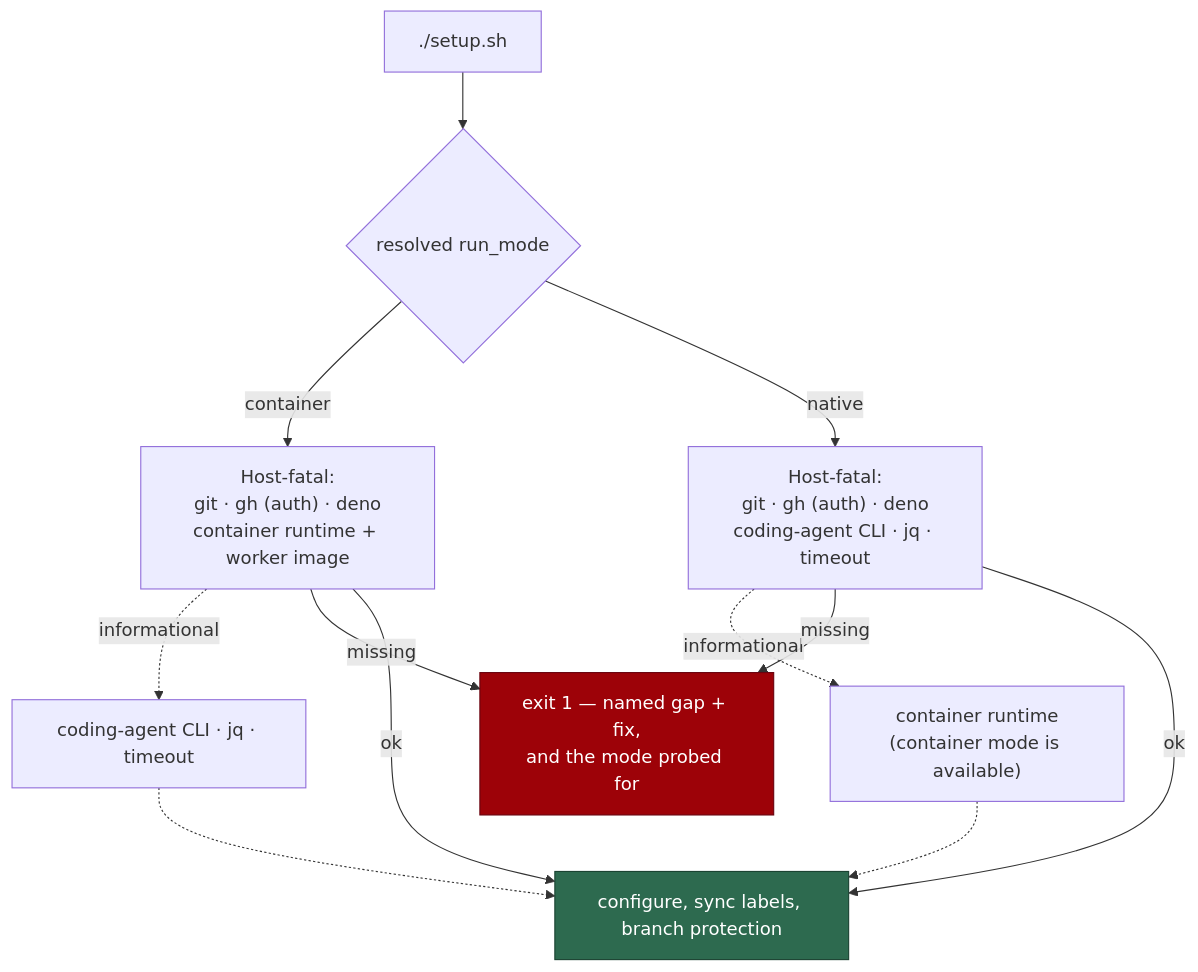
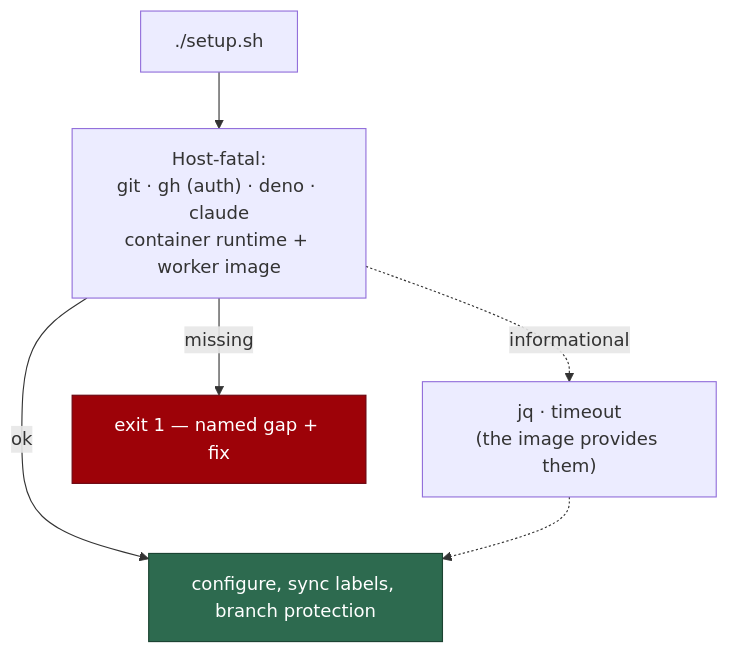
Before and after one commit to stSoftwareAU/VibeCoder: the second of 4 diagrams in docs/DEPLOYMENT.md, drawn with Mermaid. The commit also changed other lines of this file and 50 other files, not shown here.

````diff
--- a/docs/DEPLOYMENT.md
+++ b/docs/DEPLOYMENT.md
@@ -252,16 +242,10 @@
 ```mermaid
 flowchart TD
-    S["./setup.sh"] --> M{"resolved run_mode"}
-    M -->|container| CP["Host-fatal:<br/>git · gh (auth) · deno<br/>container runtime + worker image"]
-    M -->|native| NP["Host-fatal:<br/>git · gh (auth) · deno<br/>coding-agent CLI · jq · timeout"]
-    CP -.->|informational| CI["coding-agent CLI · jq · timeout"]
-    NP -.->|informational| NI["container runtime<br/>(container mode is available)"]
-    CP -->|missing| X["exit 1 — named gap + fix,<br/>and the mode probed for"]
-    NP -->|missing| X
+    S["./setup.sh"] --> CP["Host-fatal:<br/>git · gh (auth) · deno · claude<br/>container runtime + worker image"]
+    CP -.->|informational| CI["jq · timeout<br/>(the image provides them)"]
+    CP -->|missing| X["exit 1 — named gap + fix"]
     CP -->|ok| G["configure, sync labels, branch protection"]
-    NP -->|ok| G
     CI -.-> G
-    NI -.-> G
     style X fill:#9d0208,stroke:#6a040f,color:#fff
     style G fill:#2d6a4f,stroke:#1b4332,color:#fff
 ```
````
